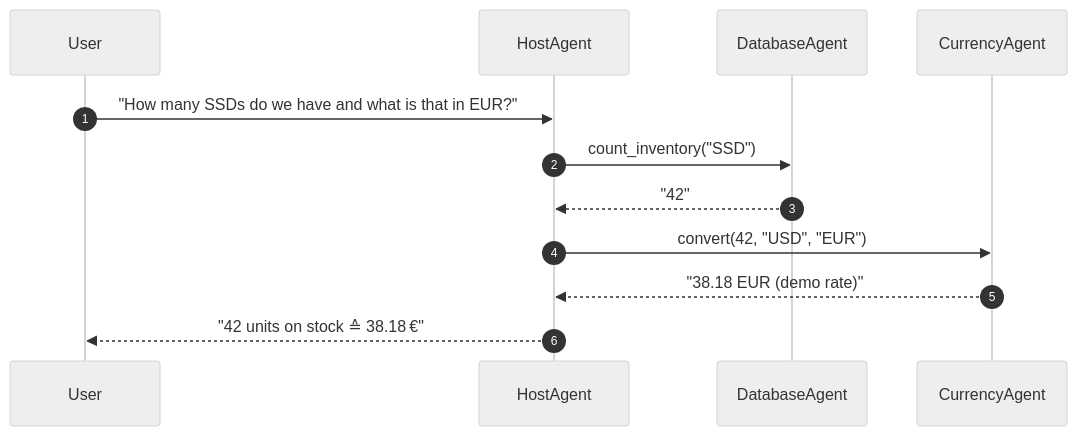
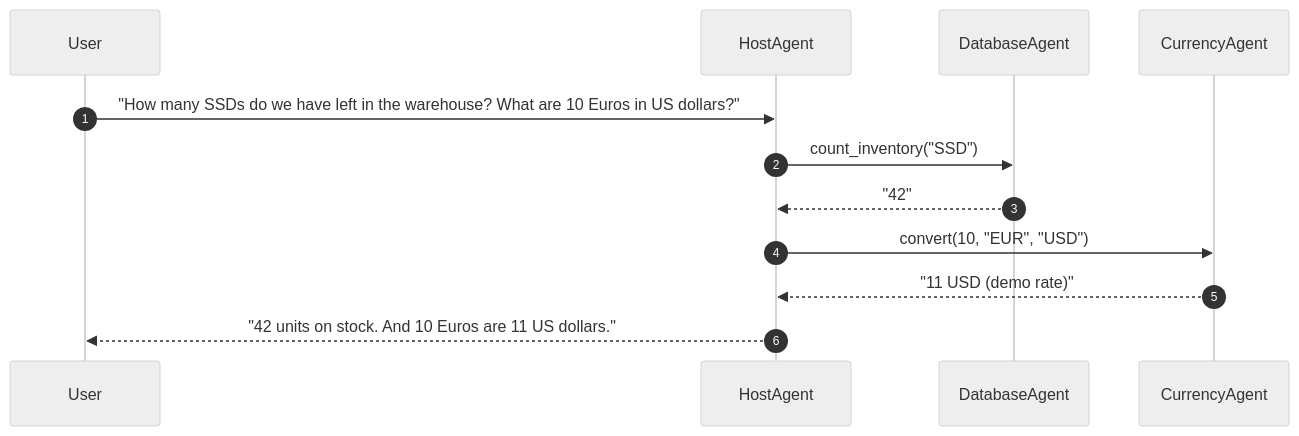
One commit to jfabend/A2A_bidirectional changed the first of 2 diagrams in README.md. Above: the diagram before and after it, drawn with Mermaid (neutral theme). The commit also changed other lines of this file, not shown here.

````diff
--- a/README.md
+++ b/README.md
@@ -33,15 +48,15 @@
 ```mermaid
 sequenceDiagram
     autonumber
     participant User
     participant HostAgent
     participant DatabaseAgent
     participant CurrencyAgent
 
-    User->>HostAgent: "How many SSDs do we have and what is that in EUR?"
+    User->>HostAgent: "How many SSDs do we have left in the warehouse? What are 10 Euros in US dollars?"
     HostAgent->>DatabaseAgent: count_inventory("SSD")
     DatabaseAgent-->>HostAgent: "42"
-    HostAgent->>CurrencyAgent: convert(42, "USD", "EUR")
-    CurrencyAgent-->>HostAgent: "38.18 EUR (demo rate)"
-    HostAgent-->>User: "42 units on stock ≙ 38.18 €"
+    HostAgent->>CurrencyAgent: convert(10, "EUR", "USD")
+    CurrencyAgent-->>HostAgent: "11 USD (demo rate)"
+    HostAgent-->>User: "42 units on stock. And 10 Euros are 11 US dollars."
 ```
````
